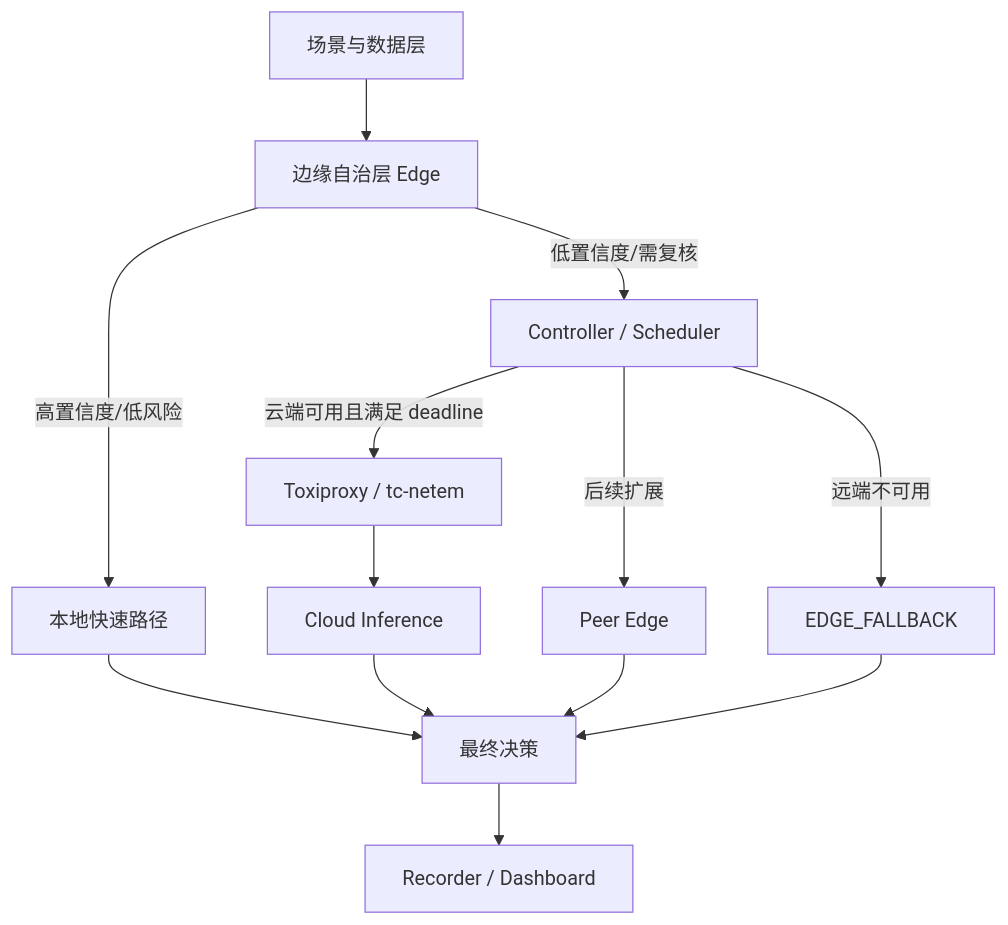
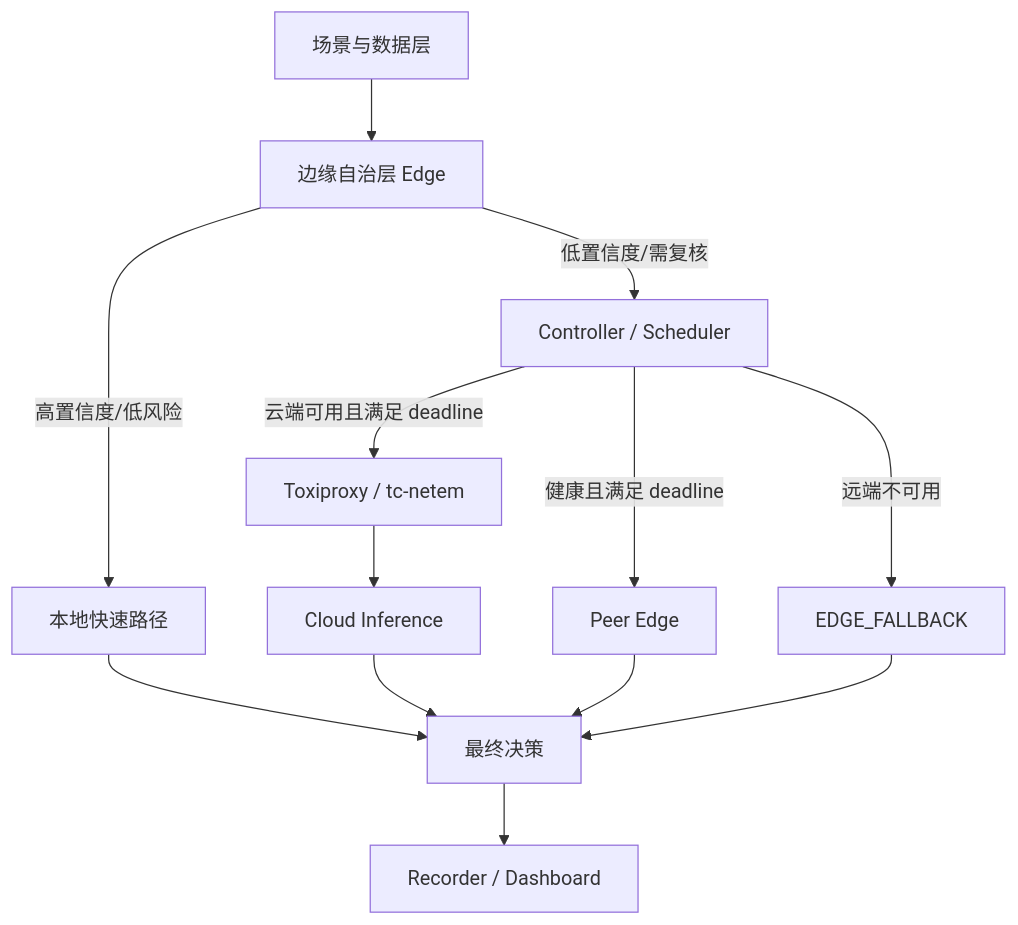
The first of 3 diagrams in docs/ARCHITECTURE.md (jry21223/cloud-edge-decision-system), drawn with Mermaid before and after one commit. The commit also changed other lines of this file and 54 other files, not shown here.

````diff
--- a/docs/ARCHITECTURE.md
+++ b/docs/ARCHITECTURE.md
@@ -12,15 +12,15 @@
 ```mermaid
 flowchart TB
     A[场景与数据层] --> B[边缘自治层 Edge]
     B -->|高置信度/低风险| C[本地快速路径]
     B -->|低置信度/需复核| D[Controller / Scheduler]
     D -->|云端可用且满足 deadline| E[Toxiproxy / tc-netem]
     E --> F[Cloud Inference]
-    D -->|后续扩展| G[Peer Edge]
+    D -->|健康且满足 deadline| G[Peer Edge]
     D -->|远端不可用| H[EDGE_FALLBACK]
     C --> I[最终决策]
     F --> I
     G --> I
     H --> I
     I --> J[Recorder / Dashboard]
 ```
````
